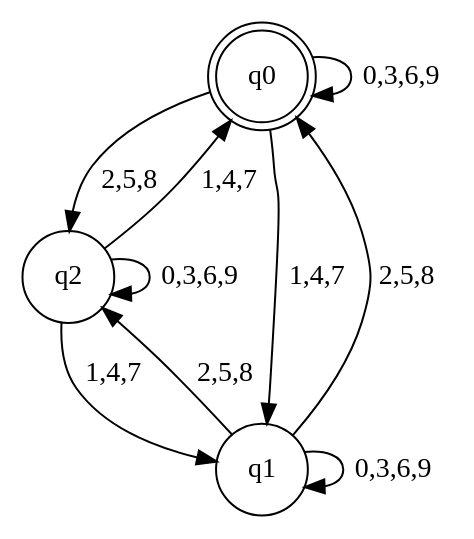
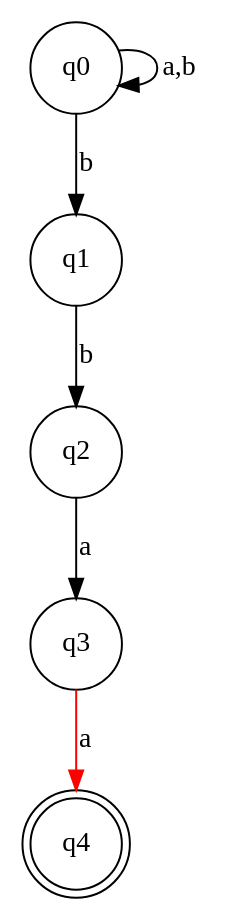
The diagram in Digraph.gv (realpvblo/Projekt-Automaty), drawn with Graphviz before and after one commit. The commit also changed 11 other files, not shown here.

```diff
--- a/Digraph.gv
+++ b/Digraph.gv
@@ -1,15 +1,13 @@
 // projekt
 digraph {
-	q0 [label=q0 shape=doublecircle]
-	q2 [label=q2 shape=circle]
-	q1 [label=q1 shape=circle]
-	q0 -> q1 [label="1,4,7"]
-	q1 -> q0 [label="2,5,8"]
-	q0 -> q2 [label="2,5,8"]
-	q2 -> q0 [label="1,4,7"]
-	q1 -> q2 [label="2,5,8"]
-	q2 -> q1 [label="1,4,7"]
-	q0 -> q0 [label="0,3,6,9"]
-	q1 -> q1 [label="0,3,6,9"]
-	q2 -> q2 [label="0,3,6,9"]
+	db0 [label=q0 shape=circle]
+	db1 [label=q1 shape=circle]
+	db2 [label=q2 shape=circle]
+	db3 [label=q3 shape=circle]
+	db4 [label=q4 shape=doublecircle]
+	db0 -> db1 [label=b]
+	db1 -> db2 [label=b]
+	db2 -> db3 [label=a]
+	db3 -> db4 [label=a, color=red]
+	db0 -> db0 [label="a,b"]
 }
```
